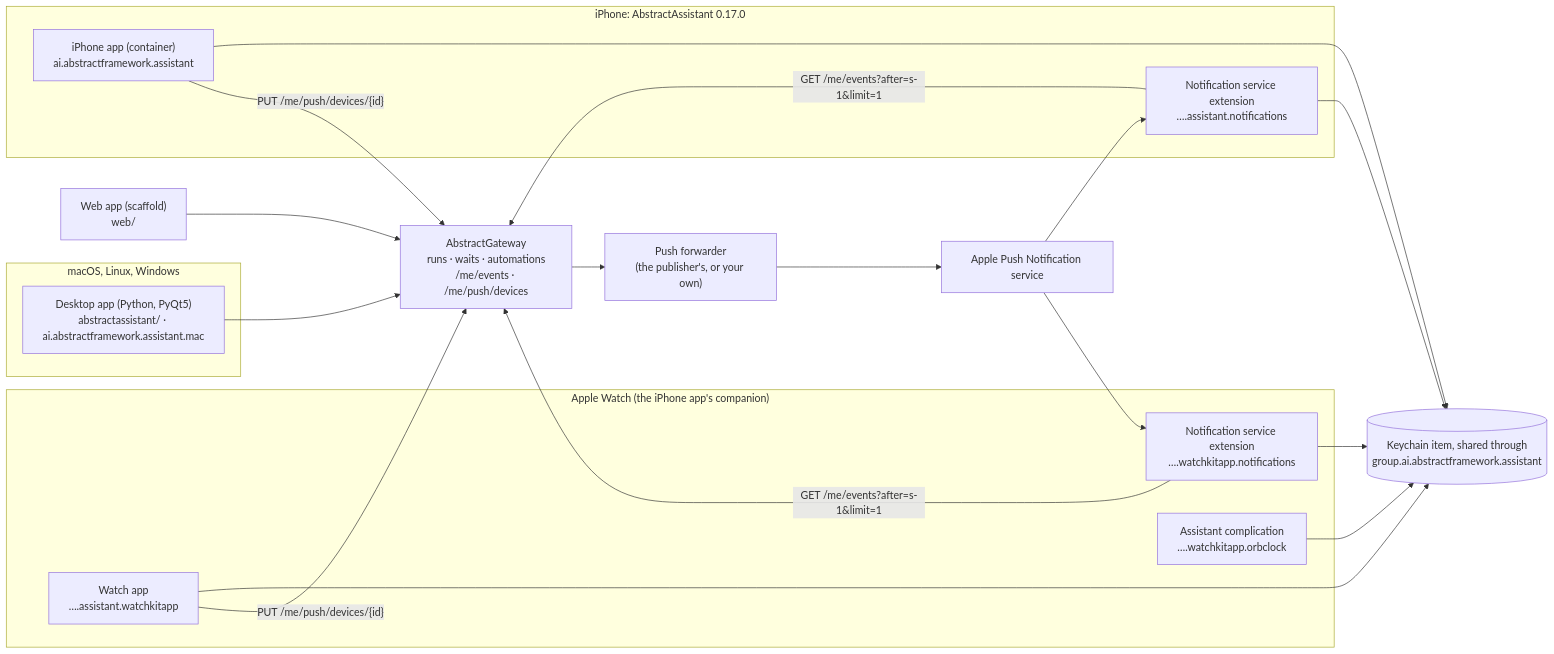
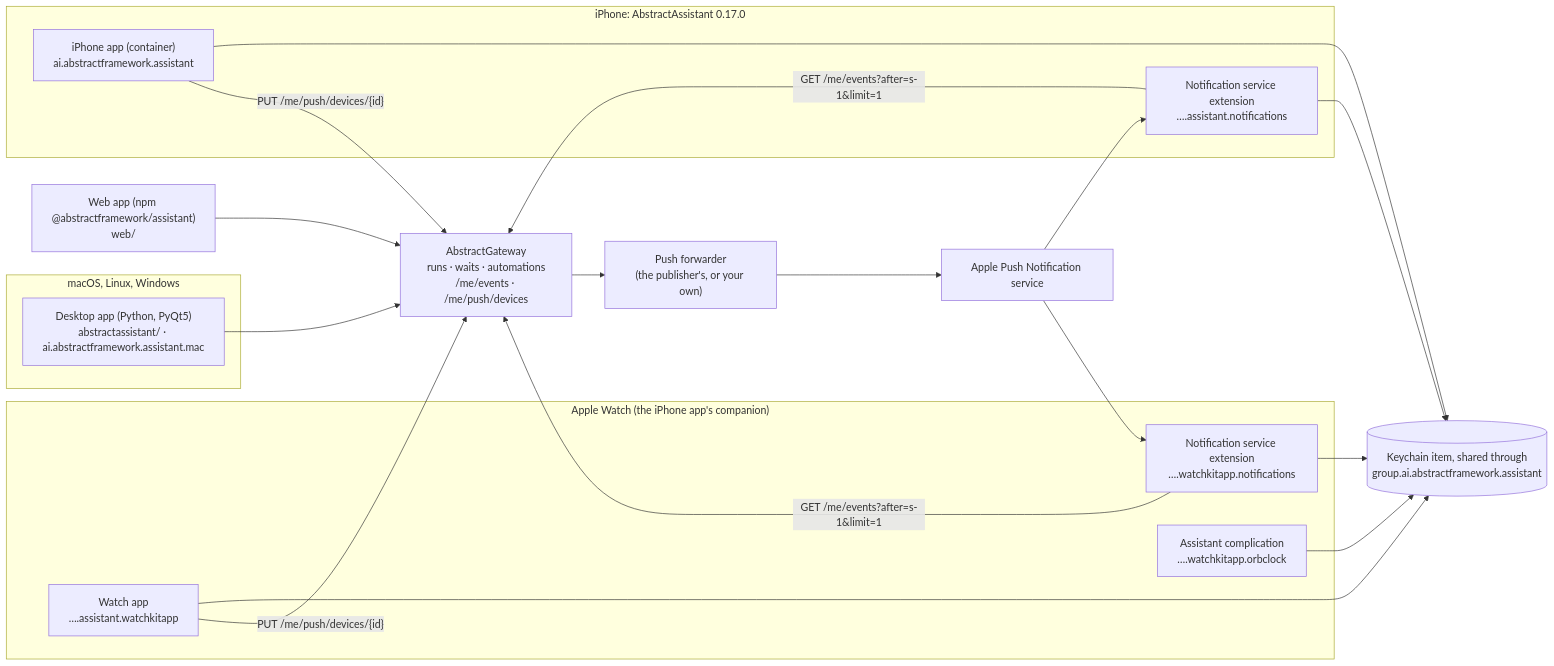
One commit to lpalbou/AbstractAssistant changed the fifth of 5 diagrams in docs/architecture.md. Above: the diagram before and after it, drawn with Mermaid. The commit also changed other lines of this file and 20 other files, not shown here.

````diff
--- a/docs/architecture.md
+++ b/docs/architecture.md
@@ -448,35 +448,35 @@
 ```mermaid
 flowchart LR
   subgraph Mac["macOS, Linux, Windows"]
     Desk["Desktop app (Python, PyQt5)\nabstractassistant/ · ai.abstractframework.assistant.mac"]
   end
   subgraph Phone["iPhone: AbstractAssistant 0.17.0"]
     PApp["iPhone app (container)\nai.abstractframework.assistant"]
     PNSE["Notification service extension\n….assistant.notifications"]
   end
   subgraph Wrist["Apple Watch (the iPhone app's companion)"]
     WApp["Watch app\n….assistant.watchkitapp"]
     WNSE["Notification service extension\n….watchkitapp.notifications"]
     Face["Assistant complication\n….watchkitapp.orbclock"]
   end
   Keys[("Keychain item, shared through\ngroup.ai.abstractframework.assistant")]
-  Web["Web app (scaffold)\nweb/"]
+  Web["Web app (npm @abstractframework/assistant)\nweb/"]
   GW["AbstractGateway\nruns · waits · automations\n/me/events · /me/push/devices"]
   Fwd["Push forwarder\n(the publisher's, or your own)"]
   APNs["Apple Push Notification service"]
 
   PApp --> Keys
   PNSE --> Keys
   WApp --> Keys
   WNSE --> Keys
   Face --> Keys
   Desk --> GW
   Web --> GW
   PApp -- "PUT /me/push/devices/{id}" --> GW
   WApp -- "PUT /me/push/devices/{id}" --> GW
   GW --> Fwd --> APNs
   APNs --> PNSE
   APNs --> WNSE
   PNSE -- "GET /me/events?after=s-1&limit=1" --> GW
   WNSE -- "GET /me/events?after=s-1&limit=1" --> GW
 ```
````
